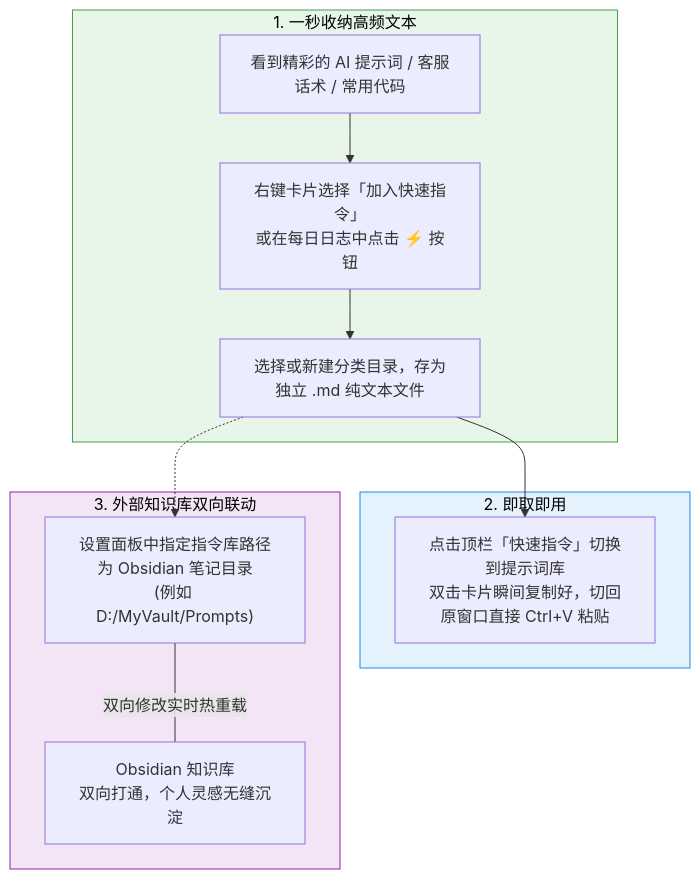
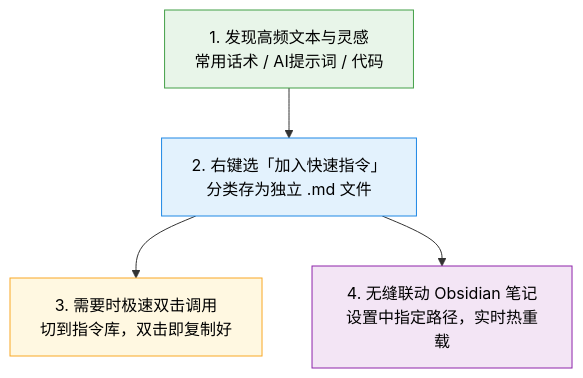
One commit to CatBoss-Paw/EasyClipboard changed the sixth of 7 diagrams in README.md. Above: the diagram before and after it, drawn with Mermaid. The commit also changed other lines of this file, not shown here.

Commit message:
fix(docs): 全面重构所有Mermaid图为紧凑纵向流，短行规整换行，彻底根除横向挤压与文字截断

````diff
--- a/README.md
+++ b/README.md
@@ -249,20 +186,11 @@
 ```mermaid
 graph TD
-    subgraph STORE_PROMPT ["1. 一秒收纳高频文本"]
-        RAW["看到精彩的 AI 提示词 / 客服话术 / 常用代码"] --> SAVE_ACT["右键卡片选择「加入快速指令」<br/>或在每日日志中点击 ⚡ 按钮"]
-        SAVE_ACT --> CATEGORY["选择或新建分类目录，存为独立 .md 纯文本文件"]
-    end
+    A["1. 发现高频文本与灵感<br/>常用话术 / AI提示词 / 代码"] --> B["2. 右键选「加入快速指令」<br/>分类存为独立 .md 文件"]
+    B --> C["3. 需要时极速双击调用<br/>切到指令库，双击即复制好"]
+    B --> D["4. 无缝联动 Obsidian 笔记<br/>设置中指定路径，实时热重载"]
 
-    subgraph USE_PROMPT ["2. 即取即用"]
-        CATEGORY --> CALL_ACT["点击顶栏「快速指令」切换到提示词库<br/>双击卡片瞬间复制好，切回原窗口直接 Ctrl+V 粘贴"]
-    end
-
-    subgraph OBSIDIAN_SYNC ["3. 外部知识库双向联动"]
-        CATEGORY -.-> OBS_LINK["设置面板中指定指令库路径为 Obsidian 笔记目录<br/>(例如 D:/MyVault/Prompts)"]
-        OBS_LINK ---|双向修改实时热重载| OBS_VAULT["Obsidian 知识库<br/>双向打通，个人灵感无缝沉淀"]
-    end
-
-    style STORE_PROMPT fill:#e8f5e9,stroke:#43a047,color:#000
-    style USE_PROMPT fill:#e3f2fd,stroke:#1e88e5,color:#000
-    style OBSIDIAN_SYNC fill:#f3e5f5,stroke:#8e24aa,color:#000
+    style A fill:#e8f5e9,stroke:#43a047,color:#000
+    style B fill:#e3f2fd,stroke:#1e88e5,color:#000
+    style C fill:#fff8e1,stroke:#f9a825,color:#000
+    style D fill:#f3e5f5,stroke:#8e24aa,color:#000
 ```
````
